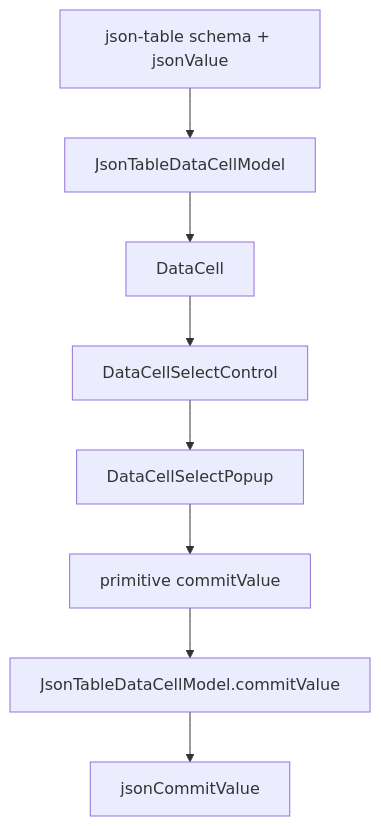
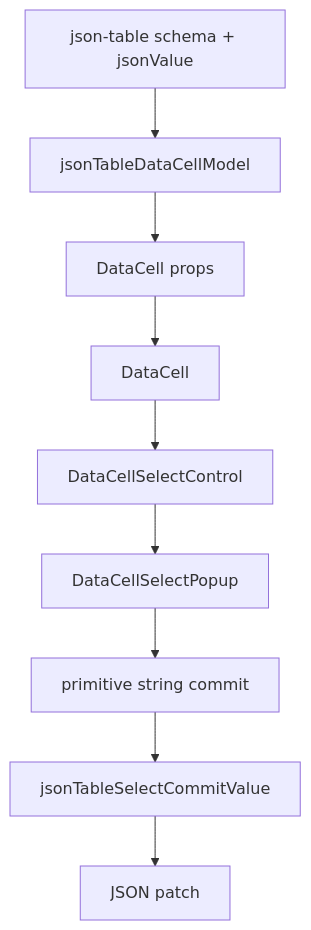
The first of 2 diagrams in design/data-cell-select-primitive-ownership-blueprint.md (retab-dev/retab-ui), drawn with Mermaid before and after one commit. The commit also changed other lines of this file and 39 other files, not shown here.

````diff
--- a/design/data-cell-select-primitive-ownership-blueprint.md
+++ b/design/data-cell-select-primitive-ownership-blueprint.md
@@ -58,10 +37,11 @@
 ```mermaid
 flowchart TD
-  A["json-table schema + jsonValue"] --> B["JsonTableDataCellModel"]
-  B --> C["DataCell"]
-  C --> D["DataCellSelectControl"]
-  D --> E["DataCellSelectPopup"]
-  E --> F["primitive commitValue"]
-  F --> G["JsonTableDataCellModel.commitValue"]
-  G --> H["jsonCommitValue"]
+  A["json-table schema + jsonValue"] --> B["jsonTableDataCellModel"]
+  B --> C["DataCell props"]
+  C --> D["DataCell"]
+  D --> E["DataCellSelectControl"]
+  E --> F["DataCellSelectPopup"]
+  F --> G["primitive string commit"]
+  G --> H["jsonTableSelectCommitValue"]
+  H --> I["JSON patch"]
 ```
````
